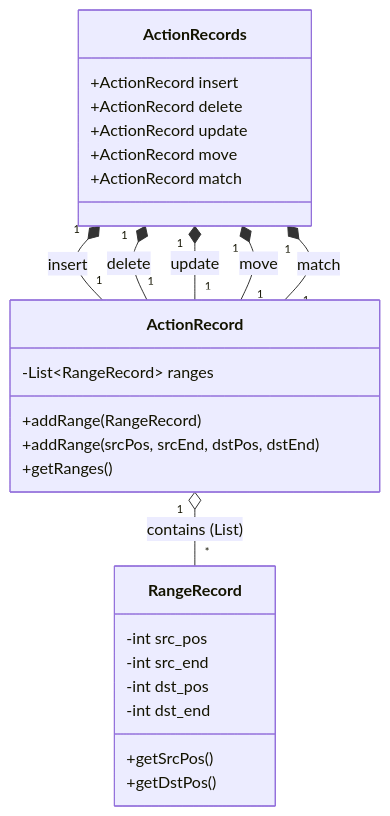
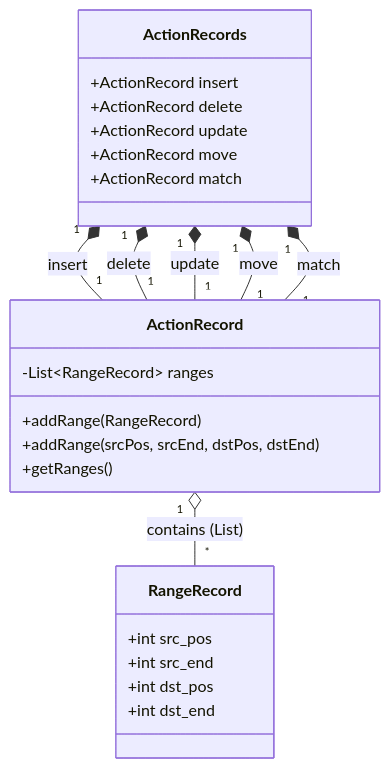
One commit to Kmura88/LGMatcherJsonExporter changed the diagram in README.md. Above: the diagram before and after it, drawn with Mermaid.

Commit message:
Refactor RangeRecord class properties
Refactor RangeRecord class properties to use accessors.

````diff
--- a/README.md
+++ b/README.md
@@ -49,40 +49,38 @@
 ```mermaid
 classDiagram
     %% メインのコンテナクラス
     class ActionRecords {
         +ActionRecord insert
         +ActionRecord delete
         +ActionRecord update
         +ActionRecord move
 		+ActionRecord match
     }
 
     %% リストを管理するラッパークラス
     class ActionRecord {
         -List~RangeRecord~ ranges
         +addRange(RangeRecord)
         +addRange(srcPos, srcEnd, dstPos, dstEnd)
         +getRanges()
     }
 
     %% データの最小単位（座標情報）
     class RangeRecord {
-        -int src_pos
-        -int src_end
-        -int dst_pos
-        -int dst_end
-        +getSrcPos()
-        +getDstPos()
+        +int src_pos
+        +int src_end
+        +int dst_pos
+        +int dst_end
     }
 
     %% 関係性の定義
     %% ActionRecords は insert, delete, update, move, match という役割で ActionRecord を持つ
     ActionRecords "1" *-- "1" ActionRecord : insert
     ActionRecords "1" *-- "1" ActionRecord : delete
     ActionRecords "1" *-- "1" ActionRecord : update
     ActionRecords "1" *-- "1" ActionRecord : move
 	ActionRecords "1" *-- "1" ActionRecord : match
 
     %% ActionRecord は 複数の RangeRecord を集約(リスト)している
     ActionRecord "1" o-- "*" RangeRecord : contains (List)
 ```
````
